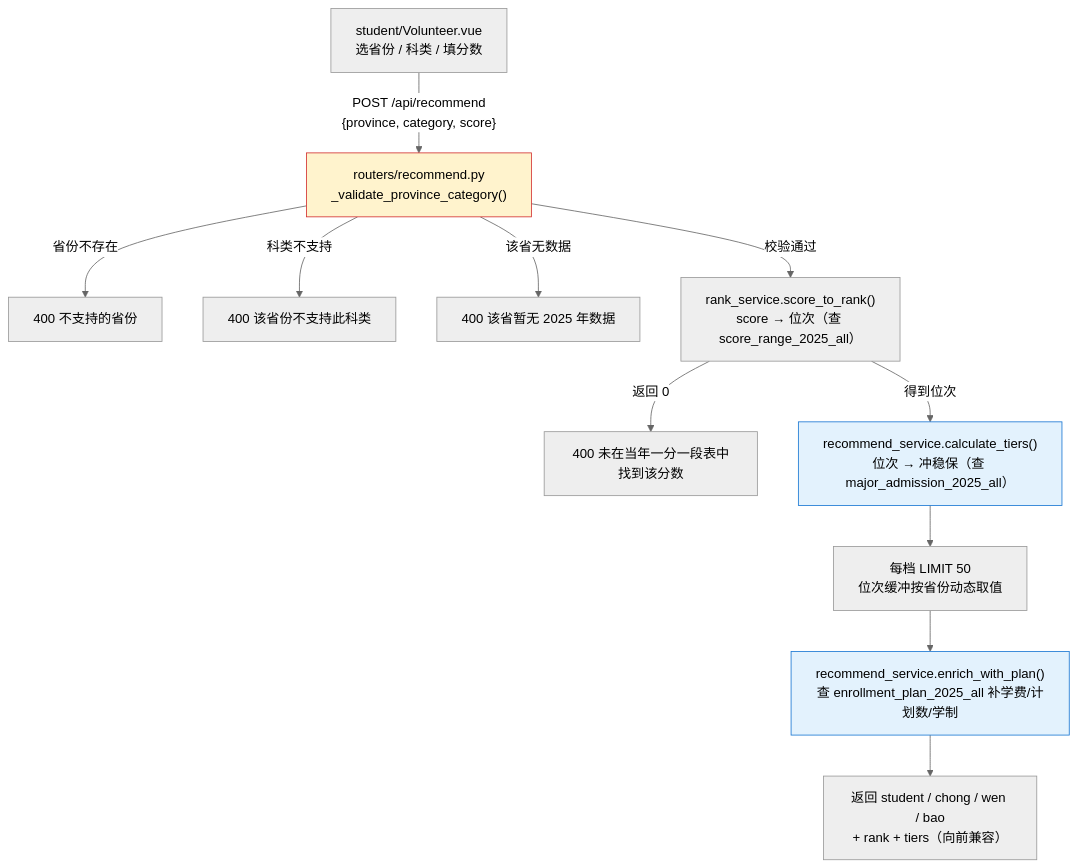
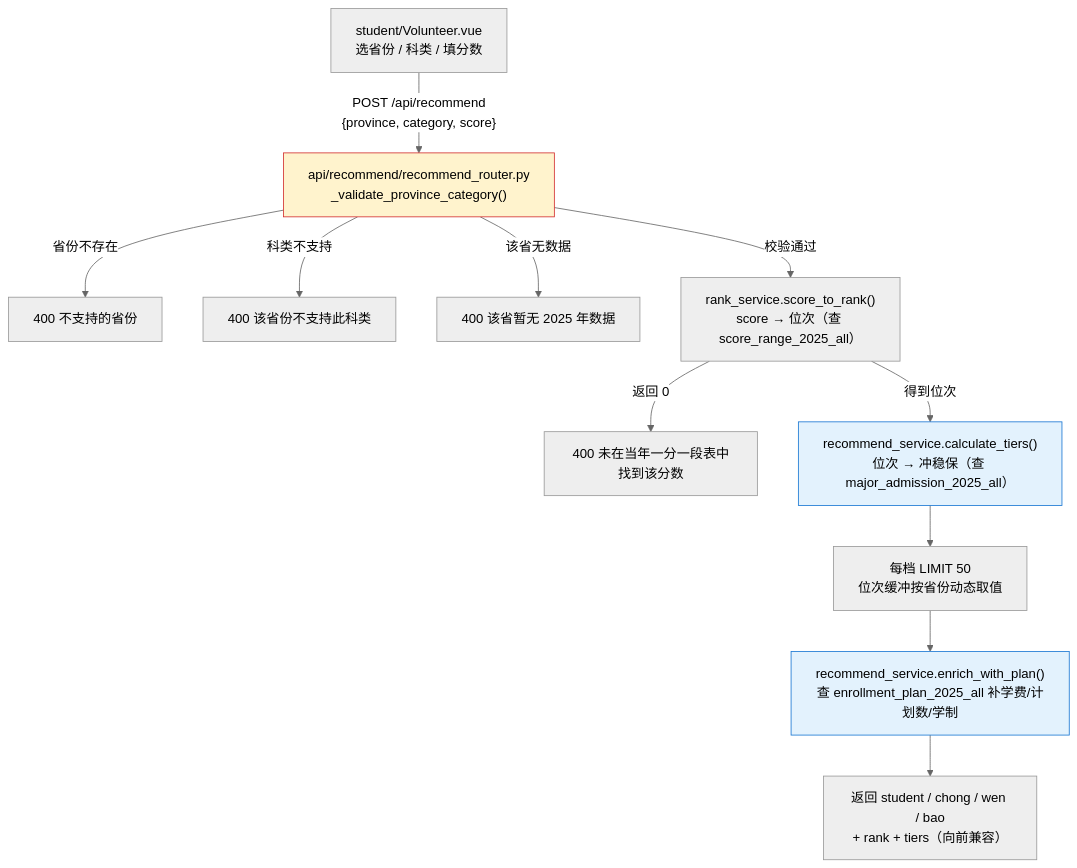
One commit to TS-DE/college-application-process changed the eighth of 12 diagrams in README.md. Above: the diagram before and after it, drawn with Mermaid (neutral theme). The commit also changed other lines of this file and 1 other file, not shown here.

Commit message:
docs: 0.17.0 更新 CHANGELOG 与 README 目录结构（api/services/tests 三层）

````diff
--- a/README.md
+++ b/README.md
@@ -792,17 +828,17 @@
 ```mermaid
 graph TD
-    A["student/Volunteer.vue<br/>选省份 / 科类 / 填分数"] -->|"POST /api/recommend<br/>{province, category, score}"| B["routers/recommend.py<br/>_validate_province_category()"]
+    A["student/Volunteer.vue<br/>选省份 / 科类 / 填分数"] -->|"POST /api/recommend<br/>{province, category, score}"| B["api/recommend/recommend_router.py<br/>_validate_province_category()"]
     B -->|"省份不存在"| E1["400 不支持的省份"]
     B -->|"科类不支持"| E2["400 该省份不支持此科类"]
     B -->|"该省无数据"| E3["400 该省暂无 2025 年数据"]
     B -->|"校验通过"| C["rank_service.score_to_rank()<br/>score → 位次（查 score_range_2025_all）"]
     C -->|"返回 0"| E4["400 未在当年一分一段表中找到该分数"]
     C -->|"得到位次"| D["recommend_service.calculate_tiers()<br/>位次 → 冲稳保（查 major_admission_2025_all）"]
     D --> D1["每档 LIMIT 50<br/>位次缓冲按省份动态取值"]
     D1 --> D2["recommend_service.enrich_with_plan()<br/>查 enrollment_plan_2025_all 补学费/计划数/学制"]
     D2 --> F["返回 student / chong / wen / bao<br/>+ rank + tiers（向前兼容）"]
 
     style B fill:#fff3cd,stroke:#d32f2f
     style D fill:#e3f2fd,stroke:#1976d2
     style D2 fill:#e3f2fd,stroke:#1976d2
 ```
````
